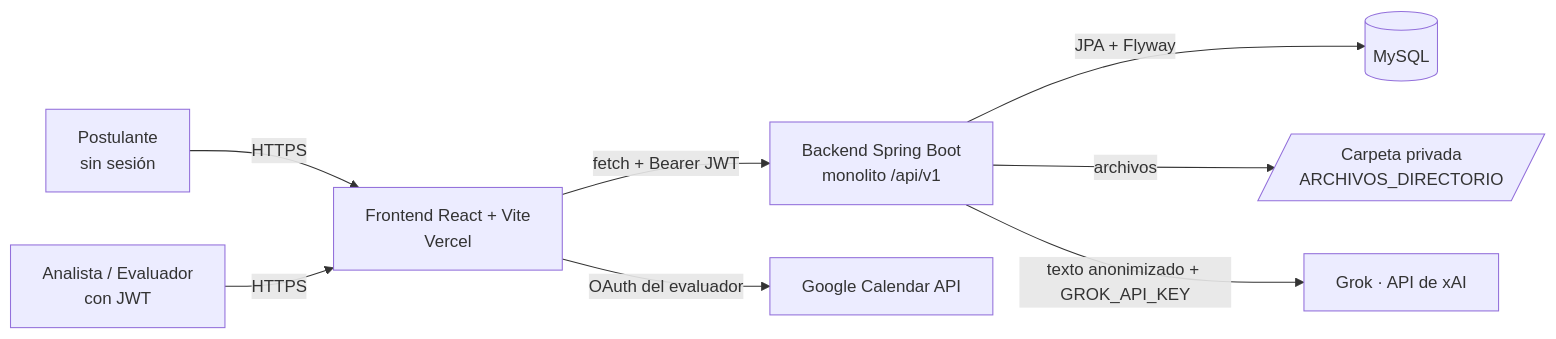
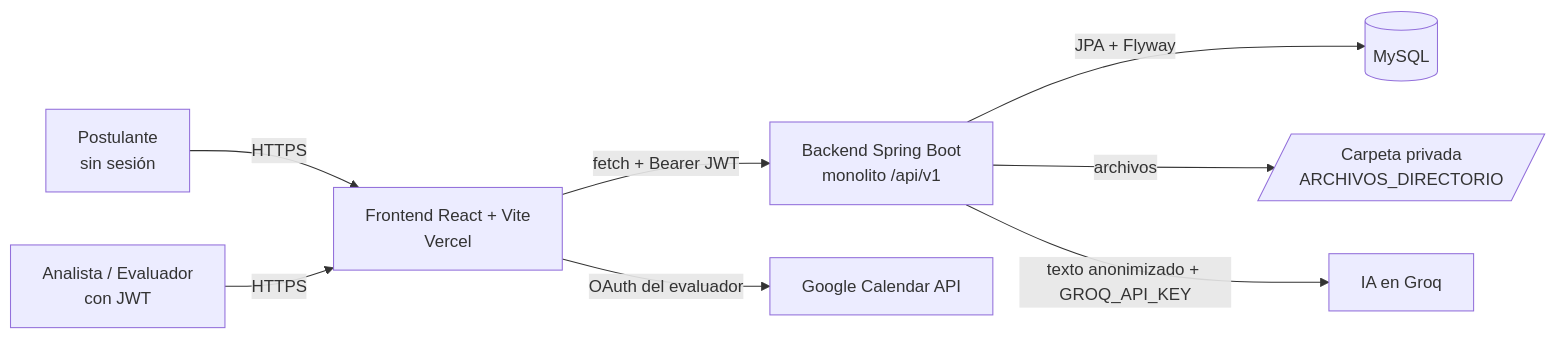
The first of 4 diagrams in docs/DOCUMENTO_TECNICO.md (Linn-Unix/FullStack-II-002D-CasoAquaFiles), drawn with Mermaid before and after one commit. The commit also changed other lines of this file and 13 other files, not shown here.

````diff
--- a/docs/DOCUMENTO_TECNICO.md
+++ b/docs/DOCUMENTO_TECNICO.md
@@ -26,10 +26,10 @@
 ```mermaid
 flowchart LR
     P[Postulante<br/>sin sesión] -->|HTTPS| F
     A[Analista / Evaluador<br/>con JWT] -->|HTTPS| F
     F[Frontend React + Vite<br/>Vercel] -->|fetch + Bearer JWT| B[Backend Spring Boot<br/>monolito /api/v1]
     B -->|JPA + Flyway| D[(MySQL)]
     B -->|archivos| S[/Carpeta privada<br/>ARCHIVOS_DIRECTORIO/]
     F -->|OAuth del evaluador| G[Google Calendar API]
-    B -->|texto anonimizado + GROK_API_KEY| X[Grok · API de xAI]
+    B -->|texto anonimizado + GROQ_API_KEY| X[IA en Groq]
 ```
````
